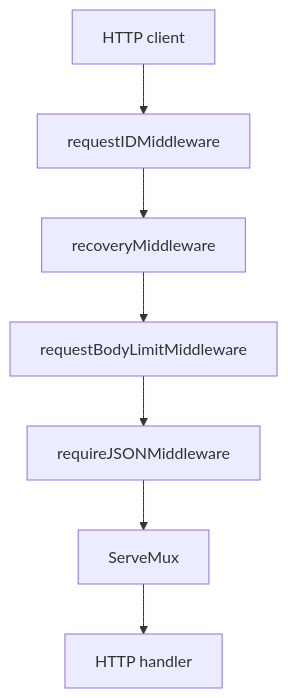
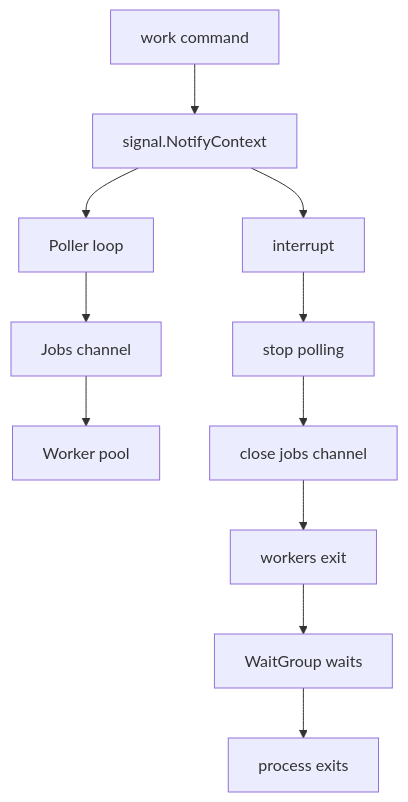
Diagram 13 of 20 in docs/design.md (Kaushik-2005/GoFlow), drawn with Mermaid before and after one commit. The commit also changed other lines of this file, not shown here.

````diff
--- a/docs/design.md
+++ b/docs/design.md
@@ -159,9 +373,13 @@
 ```mermaid
 flowchart TD
-    Client[HTTP client] --> ReqID[requestIDMiddleware]
-    ReqID --> Recovery[recoveryMiddleware]
-    Recovery --> Limit[requestBodyLimitMiddleware]
-    Limit --> JSON[requireJSONMiddleware]
-    JSON --> Mux[ServeMux]
-    Mux --> Handler[HTTP handler]
+    Work[work command] --> WorkCtx[signal.NotifyContext]
+    WorkCtx --> Poller[Poller loop]
+    Poller --> Jobs[Jobs channel]
+    Jobs --> Workers[Worker pool]
+    WorkCtx --> Cancel[interrupt]
+    Cancel --> StopPoller[stop polling]
+    StopPoller --> CloseQueue[close jobs channel]
+    CloseQueue --> Drain[workers exit]
+    Drain --> Wait[WaitGroup waits]
+    Wait --> Exit[process exits]
 ```
````
